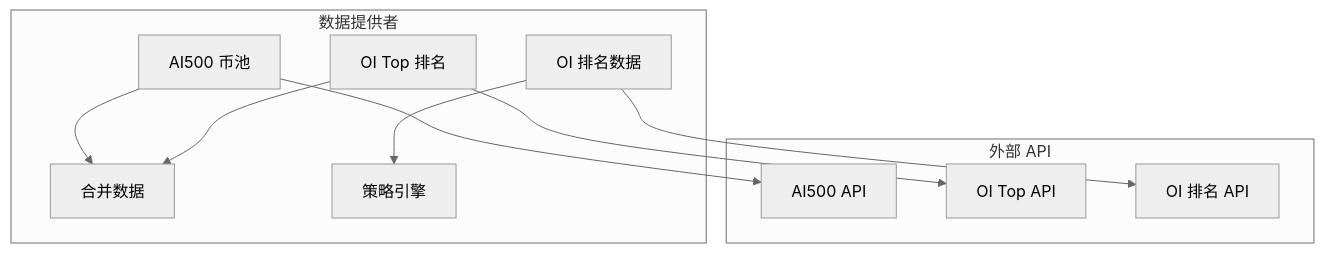
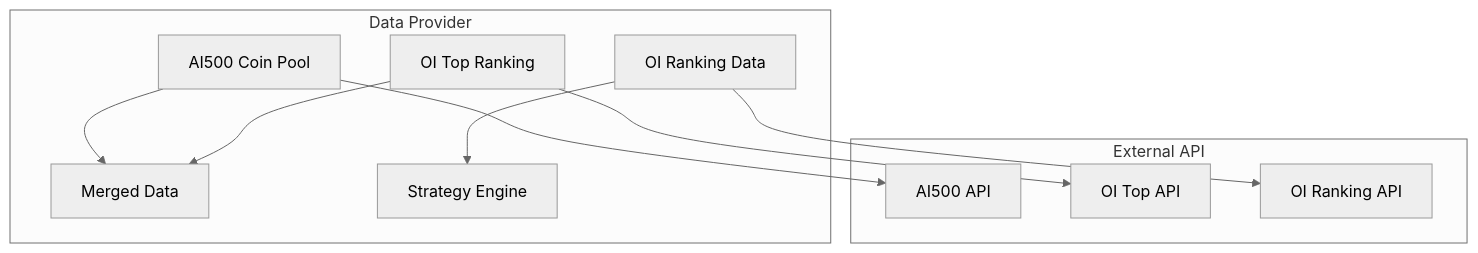
Before and after one commit to zcxGGmu/DeepAlpha: the eighth of 11 diagrams in docs/improve/kilo-code/NOFX-技术分析报告.md, drawn with Mermaid (neutral theme). The commit also changed other lines of this file, not shown here.

Commit message:
fix: 修复 Mermaid 图表中文标签兼容性问题

````diff
--- a/docs/improve/kilo-code/NOFX-技术分析报告.md
+++ b/docs/improve/kilo-code/NOFX-技术分析报告.md
@@ -651,22 +659,22 @@
 ```mermaid
 graph TB
-    subgraph 数据提供者
-        AI500[AI500 币池]
-        OITop[OI Top 排名]
-        OIRanking[OI 排名数据]
+    subgraph DataProvider[Data Provider]
+        AI500[AI500 Coin Pool]
+        OITop[OI Top Ranking]
+        OIRanking[OI Ranking Data]
         
-        AI500 --> Merged[合并数据]
+        AI500 --> Merged[Merged Data]
         OITop --> Merged
-        OIRanking --> StrategyEngine[策略引擎]
+        OIRanking --> StrategyEngine[Strategy Engine]
     end
     
-    subgraph 外部 API
+    subgraph ExternalAPI[External API]
         AI500API[AI500 API]
         OITopAPI[OI Top API]
-        OIRankingAPI[OI 排名 API]
+        OIRankingAPI[OI Ranking API]
     end
     
     AI500 --> AI500API
     OITop --> OITopAPI
     OIRanking --> OIRankingAPI
 ```
````
